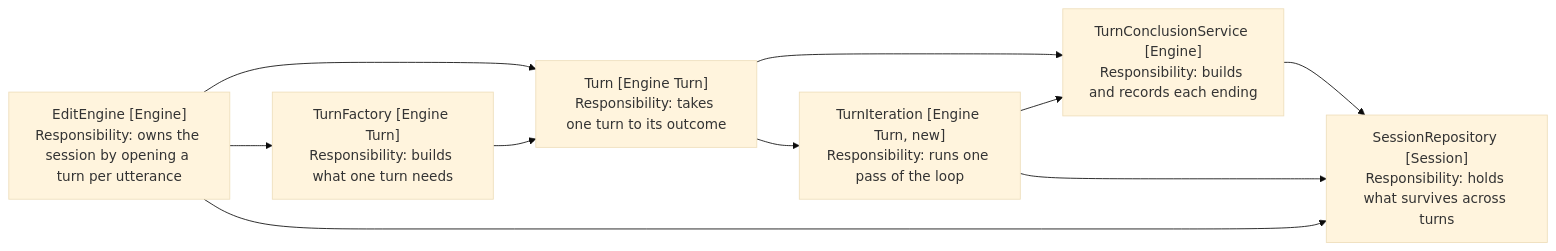
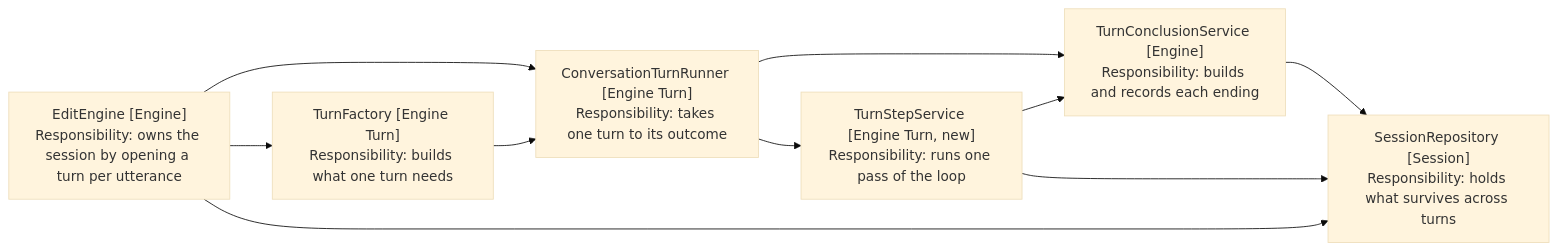
Before and after one commit to iparips/obsidian-owl: the first of 2 diagrams in docs/spec/17-layering/5-design-self-running-turn.md, drawn with Mermaid (base theme). The commit also changed other lines of this file and 9 other files, not shown here.

````diff
--- a/docs/spec/17-layering/5-design-self-running-turn.md
+++ b/docs/spec/17-layering/5-design-self-running-turn.md
@@ -34,19 +34,19 @@
 ```mermaid
 flowchart LR
     EditEngine["EditEngine [Engine]<br/>Responsibility: owns the session by opening a turn per utterance"]
     Factory["TurnFactory [Engine Turn]<br/>Responsibility: builds what one turn needs"]
-    Turn["Turn [Engine Turn]<br/>Responsibility: takes one turn to its outcome"]
-    Iteration["TurnIteration [Engine Turn, new]<br/>Responsibility: runs one pass of the loop"]
+    Turn["ConversationTurnRunner [Engine Turn]<br/>Responsibility: takes one turn to its outcome"]
+    StepService["TurnStepService [Engine Turn, new]<br/>Responsibility: runs one pass of the loop"]
     Conclusion["TurnConclusionService [Engine]<br/>Responsibility: builds and records each ending"]
     Session["SessionRepository [Session]<br/>Responsibility: holds what survives across turns"]
 
     EditEngine --> Factory
     EditEngine --> Turn
     Factory --> Turn
-    Turn --> Iteration
+    Turn --> StepService
     Turn --> Conclusion
-    Iteration --> Conclusion
+    StepService --> Conclusion
     Conclusion --> Session
-    Iteration --> Session
+    StepService --> Session
     EditEngine --> Session
 ```
````
